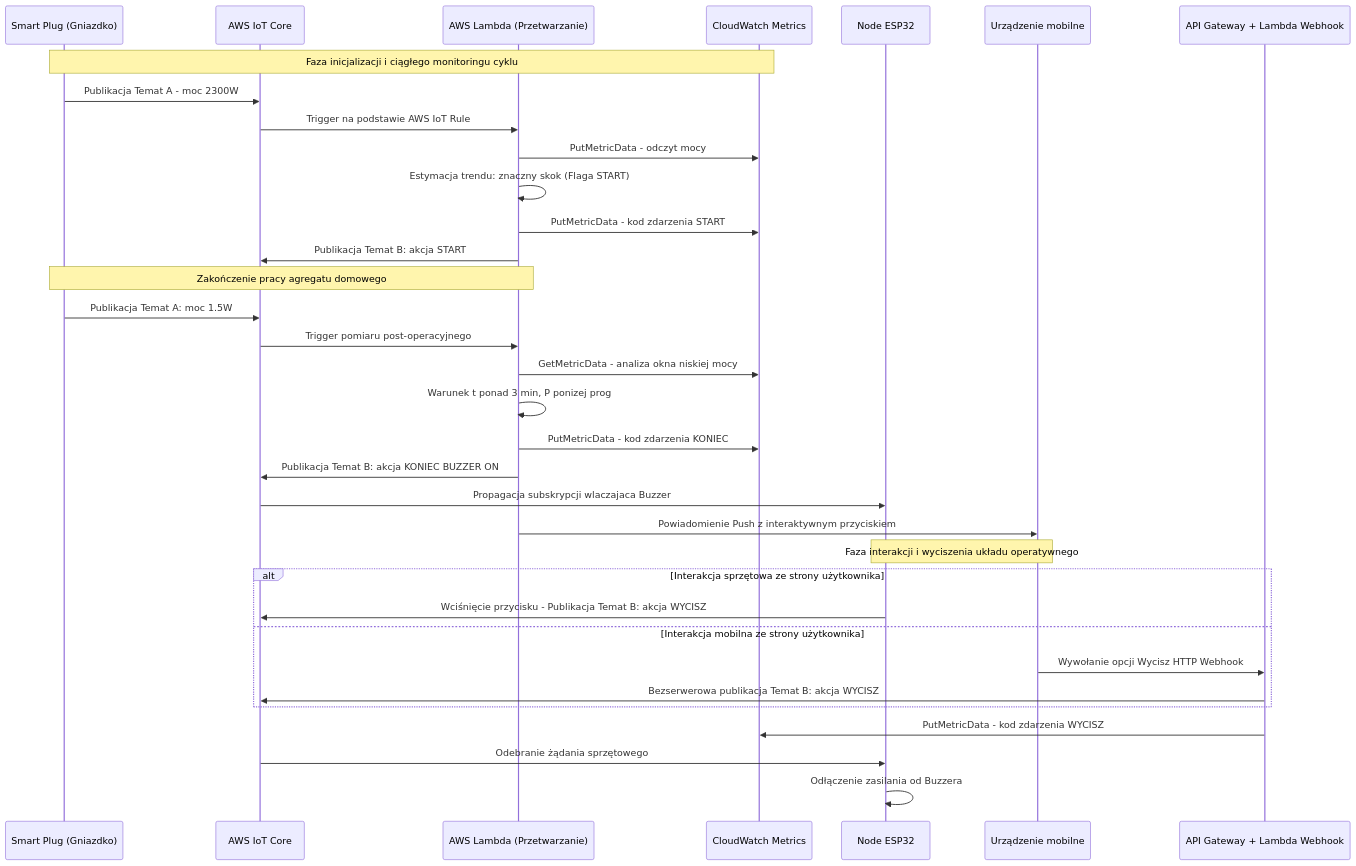
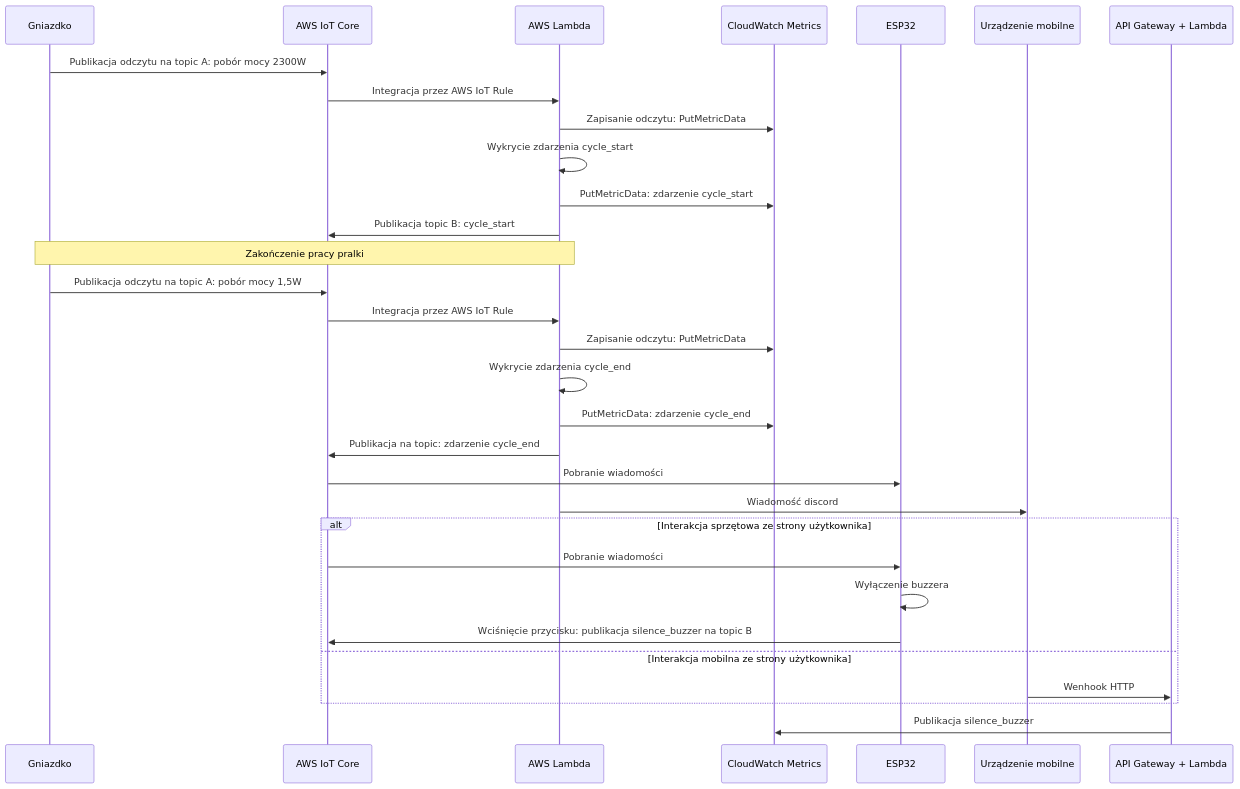
The second of 2 diagrams in docs/scir_26l.md (kfijalkowski1/scir), drawn with Mermaid before and after one commit. The commit also changed other lines of this file, not shown here.

````diff
--- a/docs/scir_26l.md
+++ b/docs/scir_26l.md
@@ -108,48 +112,43 @@
 ```mermaid
 ---
 config:
   layout: elk
   <!-- theme: neutral -->
 ---
 sequenceDiagram
-    participant Plug as Smart Plug (Gniazdko)
+    participant Plug as Gniazdko
     participant IoT as AWS IoT Core
-    participant Lambda as AWS Lambda (Przetwarzanie)
+    participant Lambda as AWS Lambda
     participant CWM as CloudWatch Metrics
-    participant ESP as Node ESP32 
+    participant ESP as ESP32 
     participant Phone as Urządzenie mobilne
-    participant API as API Gateway + Lambda Webhook
+    participant API as API Gateway + Lambda
 
-    Note over Plug, CWM: Faza inicjalizacji i ciągłego monitoringu cyklu
-    Plug->>IoT: Publikacja Temat A - moc 2300W
-    IoT->>Lambda: Trigger na podstawie AWS IoT Rule
-    Lambda->>CWM: PutMetricData - odczyt mocy
-    Lambda->>Lambda: Estymacja trendu: znaczny skok (Flaga START)
-    Lambda->>CWM: PutMetricData - kod zdarzenia START
-    Lambda->>IoT: Publikacja Temat B: akcja START
+    Plug->>IoT: Publikacja odczytu na topic A: pobór mocy 2300W
+    IoT->>Lambda: Integracja przez AWS IoT Rule
+    Lambda->>CWM: Zapisanie odczytu: PutMetricData
+    Lambda->>Lambda: Wykrycie zdarzenia cycle_start
+    Lambda->>CWM: PutMetricData: zdarzenie cycle_start
+    Lambda->>IoT: Publikacja topic B: cycle_start
 
-    Note over Plug, Lambda: Zakończenie pracy agregatu domowego
-    Plug->>IoT: Publikacja Temat A: moc 1.5W
-    IoT->>Lambda: Trigger pomiaru post-operacyjnego
-    Lambda->>CWM: GetMetricData - analiza okna niskiej mocy
-    Lambda->>Lambda: Warunek t ponad 3 min, P ponizej prog
+    Note over Plug, Lambda: Zakończenie pracy pralki
+    Plug->>IoT: Publikacja odczytu na topic A: pobór mocy 1,5W
+    IoT->>Lambda: Integracja przez AWS IoT Rule
+    Lambda->>CWM: Zapisanie odczytu: PutMetricData
+    Lambda->>Lambda: Wykrycie zdarzenia cycle_end
     
-    Lambda->>CWM: PutMetricData - kod zdarzenia KONIEC
-    Lambda->>IoT: Publikacja Temat B: akcja KONIEC BUZZER ON
-    IoT->>ESP: Propagacja subskrypcji wlaczajaca Buzzer
-    Lambda->>Phone: Powiadomienie Push z interaktywnym przyciskiem
-
-    Note over ESP, Phone: Faza interakcji i wyciszenia układu operatywnego
+    Lambda->>CWM: PutMetricData: zdarzenie cycle_end
+    Lambda->>IoT: Publikacja na topic: zdarzenie cycle_end
+    IoT->>ESP: Pobranie wiadomości
+    Lambda->>Phone: Wiadomość discord
     
     alt Interakcja sprzętowa ze strony użytkownika
-        ESP->>IoT: Wciśnięcie przycisku - Publikacja Temat B: akcja WYCISZ
+        IoT->>ESP: Pobranie wiadomości
+        ESP->>ESP: Wyłączenie buzzera
+        ESP->>IoT: Wciśnięcie przycisku: publikacja silence_buzzer na topic B
     else Interakcja mobilna ze strony użytkownika
-        Phone->>API: Wywołanie opcji Wycisz HTTP Webhook
-        API->>IoT: Bezserwerowa publikacja Temat B: akcja WYCISZ
+        Phone->>API: Wenhook HTTP
     end
 
-    API->>CWM: PutMetricData - kod zdarzenia WYCISZ
-    
-    IoT->>ESP: Odebranie żądania sprzętowego
-    ESP->>ESP: Odłączenie zasilania od Buzzera
+    API->>CWM: Publikacja silence_buzzer
 ```
````
